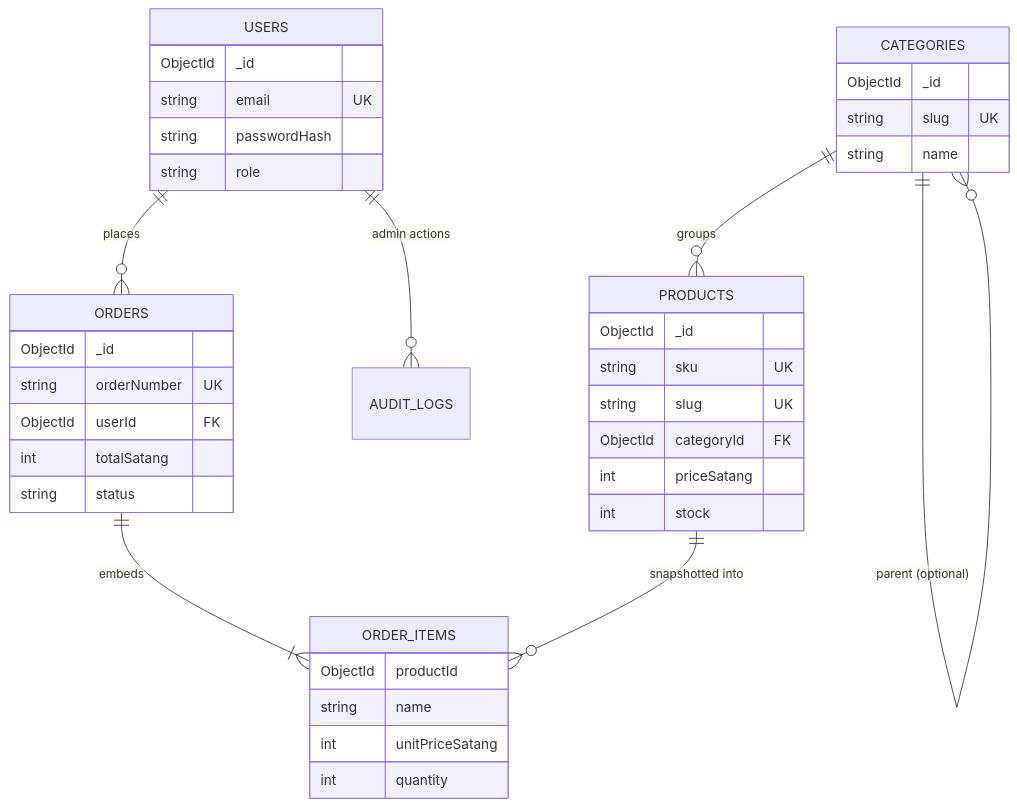
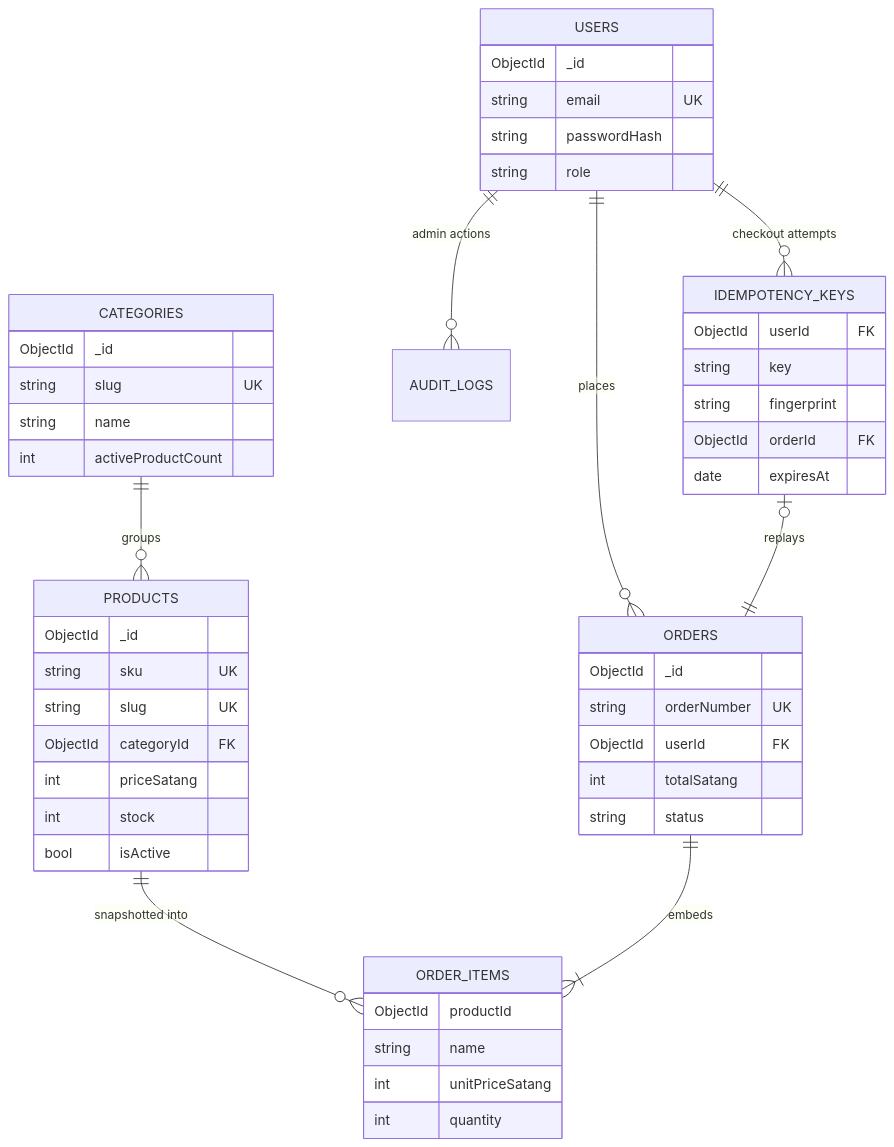
The diagram in docs/architecture/DATABASE_DESIGN.md (JameThaksin/it-peripheral-store), drawn with Mermaid before and after one commit. The commit also changed other lines of this file and 9 other files, not shown here.

First line of the commit message:
docs: M1-003 remediate Codex M1-002 architecture audit

````diff
--- a/docs/architecture/DATABASE_DESIGN.md
+++ b/docs/architecture/DATABASE_DESIGN.md
@@ -20,41 +38,51 @@
 ```mermaid
 erDiagram
   USERS ||--o{ ORDERS : places
   CATEGORIES ||--o{ PRODUCTS : groups
-  CATEGORIES ||--o{ CATEGORIES : "parent (optional)"
   PRODUCTS ||--o{ ORDER_ITEMS : "snapshotted into"
   ORDERS ||--|{ ORDER_ITEMS : embeds
   USERS ||--o{ AUDIT_LOGS : "admin actions"
+  USERS ||--o{ IDEMPOTENCY_KEYS : "checkout attempts"
+  IDEMPOTENCY_KEYS |o--|| ORDERS : "replays"
   USERS {
     ObjectId _id
     string email UK
     string passwordHash
     string role
   }
   CATEGORIES {
     ObjectId _id
     string slug UK
     string name
+    int activeProductCount
   }
   PRODUCTS {
     ObjectId _id
     string sku UK
     string slug UK
     ObjectId categoryId FK
     int priceSatang
     int stock
+    bool isActive
   }
   ORDERS {
     ObjectId _id
     string orderNumber UK
     ObjectId userId FK
     int totalSatang
     string status
   }
+  IDEMPOTENCY_KEYS {
+    ObjectId userId FK
+    string key
+    string fingerprint
+    ObjectId orderId FK
+    date expiresAt
+  }
   ORDER_ITEMS {
     ObjectId productId
     string name
     int unitPriceSatang
     int quantity
   }
 ```
````
